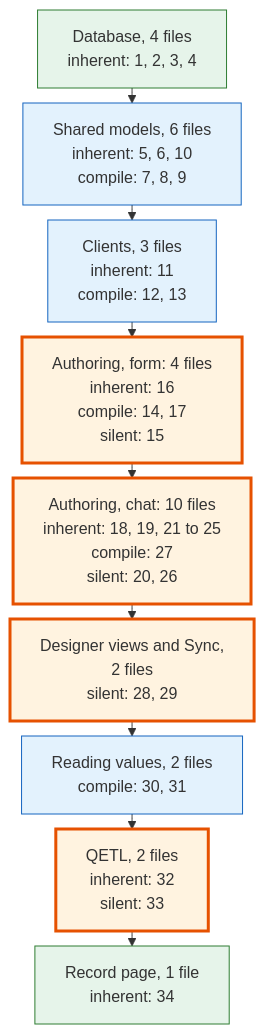
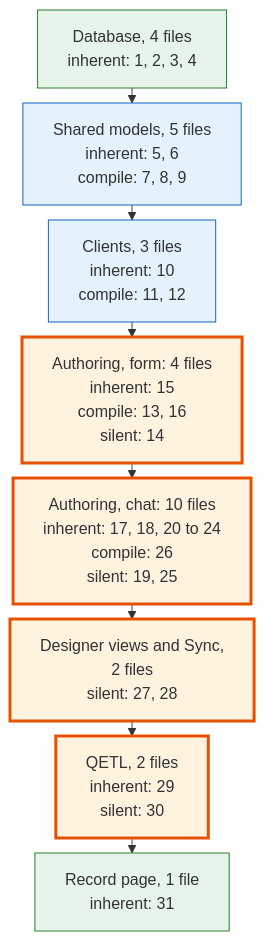
One commit to AvandarLabs/avandar changed the ninth of 10 diagrams in docs/ontology-architecture.md. Above: the diagram before and after it, drawn with Mermaid. The commit also changed other lines of this file and 5031 other files, not shown here.

````diff
--- a/docs/ontology-architecture.md
+++ b/docs/ontology-architecture.md
@@ -637,17 +986,16 @@
 ```mermaid
 %%{init: {'flowchart': {'rankSpacing': 15}}}%%
 flowchart TD
   L1["Database, 4 files<br/>inherent: 1, 2, 3, 4"]:::inherent
-  L2["Shared models, 6 files<br/>inherent: 5, 6, 10<br/>compile: 7, 8, 9"]:::compile
-  L3["Clients, 3 files<br/>inherent: 11<br/>compile: 12, 13"]:::compile
-  L4["Authoring, form: 4 files<br/>inherent: 16<br/>compile: 14, 17<br/>silent: 15"]:::silent
-  L5["Authoring, chat: 10 files<br/>inherent: 18, 19, 21 to 25<br/>compile: 27<br/>silent: 20, 26"]:::silent
-  L6["Designer views and Sync,<br/>2 files<br/>silent: 28, 29"]:::silent
-  L7["Reading values, 2 files<br/>compile: 30, 31"]:::compile
-  L8["QETL, 2 files<br/>inherent: 32<br/>silent: 33"]:::silent
-  L9["Record page, 1 file<br/>inherent: 34"]:::inherent
-  L1 --> L2 --> L3 --> L4 --> L5 --> L6 --> L7 --> L8 --> L9
+  L2["Shared models, 5 files<br/>inherent: 5, 6<br/>compile: 7, 8, 9"]:::compile
+  L3["Clients, 3 files<br/>inherent: 10<br/>compile: 11, 12"]:::compile
+  L4["Authoring, form: 4 files<br/>inherent: 15<br/>compile: 13, 16<br/>silent: 14"]:::silent
+  L5["Authoring, chat: 10 files<br/>inherent: 17, 18, 20 to 24<br/>compile: 26<br/>silent: 19, 25"]:::silent
+  L6["Designer views and Sync,<br/>2 files<br/>silent: 27, 28"]:::silent
+  L7["QETL, 2 files<br/>inherent: 29<br/>silent: 30"]:::silent
+  L8["Record page, 1 file<br/>inherent: 31"]:::inherent
+  L1 --> L2 --> L3 --> L4 --> L5 --> L6 --> L7 --> L8
   classDef inherent fill:#e6f4ea,stroke:#2e7d32
   classDef compile fill:#e3f2fd,stroke:#1565c0
   classDef silent fill:#fff3e0,stroke:#e65100,stroke-width:3px
 ```
````
